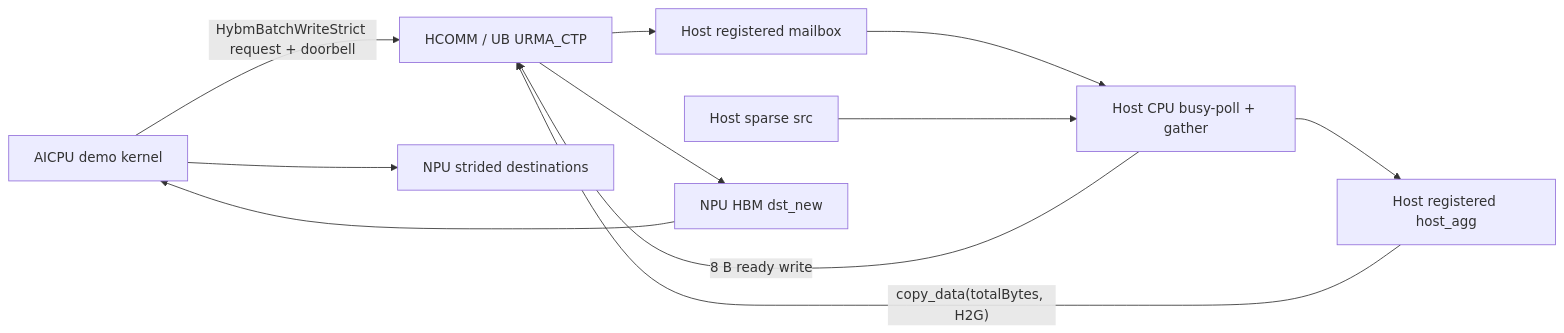
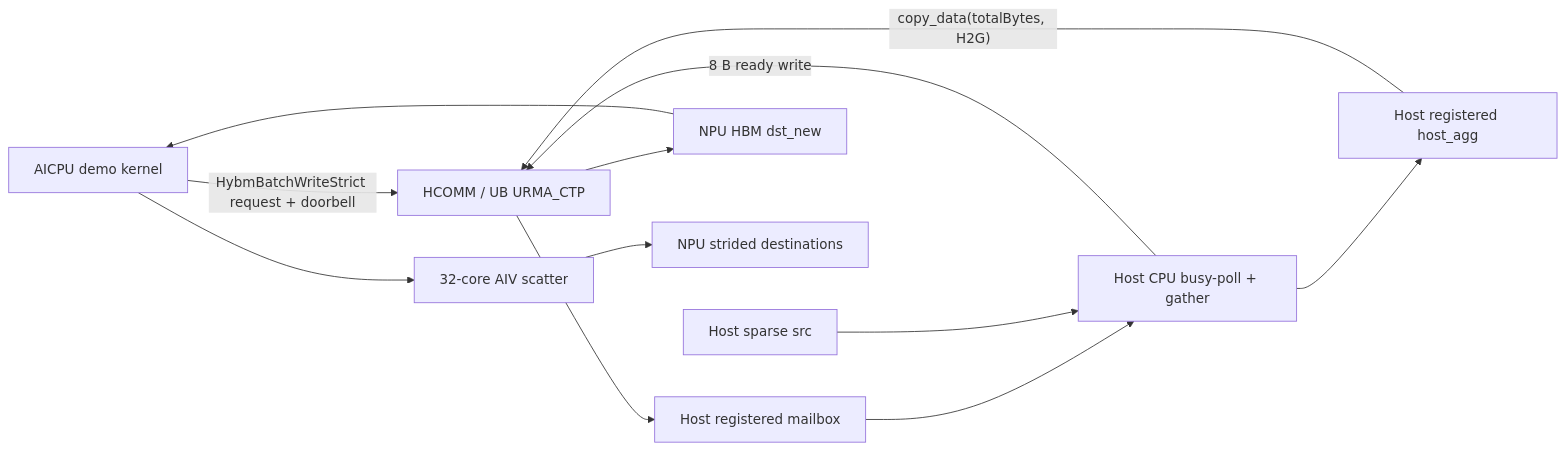
Before and after one commit to etru-177/memfabric_hybrid: the first of 2 diagrams in docs/host_aggregate_urma_ctp_scatter_demo_design.md, drawn with Mermaid. The commit also changed other lines of this file and 8 other files, not shown here.

Commit message:
perf: move aggregate scatter to AIV

````diff
--- a/docs/host_aggregate_urma_ctp_scatter_demo_design.md
+++ b/docs/host_aggregate_urma_ctp_scatter_demo_design.md
@@ -142,13 +137,14 @@
 ```mermaid
 flowchart LR
     A["AICPU demo kernel"] -->|"HybmBatchWriteStrict request + doorbell"| U["HCOMM / UB URMA_CTP"]
     U --> M["Host registered mailbox"]
     M --> C["Host CPU busy-poll + gather"]
     S["Host sparse src"] --> C
     C --> G["Host registered host_agg"]
     G -->|"copy_data(totalBytes, H2G)"| U
     U --> N["NPU HBM dst_new"]
     C -->|"8 B ready write"| U
     N --> A
-    A --> D["NPU strided destinations"]
+    A --> V["32-core AIV scatter"]
+    V --> D["NPU strided destinations"]
 ```
````
